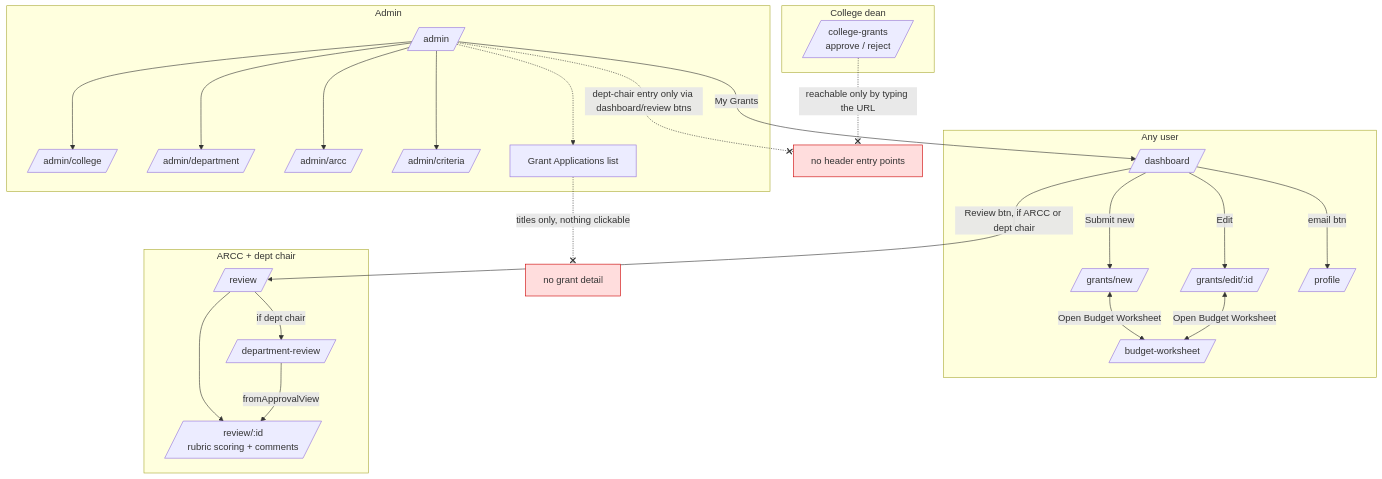
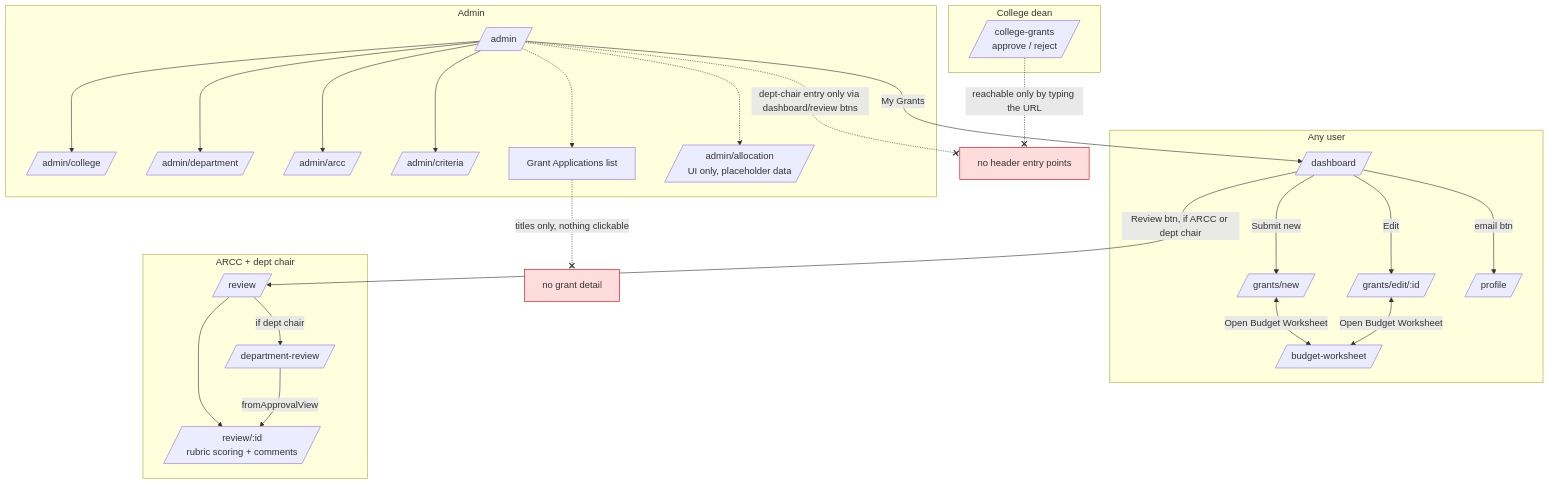
The fourth of 7 diagrams in docs/architecture.md (jayantiacharya/grant-management-system), drawn with Mermaid before and after one commit. The commit also changed other lines of this file and 4 other files, not shown here.

First line of the commit message:
docs: sync architecture, requirements, data-model for review, dean, and allocation work

````diff
--- a/docs/architecture.md
+++ b/docs/architecture.md
@@ -206,37 +207,38 @@
 ```mermaid
 flowchart TD
     subgraph proposer [Any user]
         D[/dashboard/] -->|Submit new| N[/grants/new/]
         D -->|Edit| E[/grants/edit/:id/]
         N <-->|Open Budget Worksheet| B[/budget-worksheet/]
         E <-->|Open Budget Worksheet| B
         D -->|email btn| P[/profile/]
     end
 
     subgraph review [ARCC + dept chair]
         D -->|Review btn, if ARCC or dept chair| R[/review/]
         R --> RD[/"review/:id<br/>rubric scoring + comments"/]
         R -->|if dept chair| DR[/department-review/]
         DR -->|fromApprovalView| RD
     end
 
     subgraph dean [College dean]
         CG[/"college-grants<br/>approve / reject"/]
     end
 
     subgraph admin [Admin]
         A[/admin/] --> AC[/admin/college/]
         A --> AD2[/admin/department/]
         A --> AA[/admin/arcc/]
         A --> CR[/admin/criteria/]
         A -->|My Grants| D
         A -.-> GL[Grant Applications list]
+        A -.-> AL[/"admin/allocation<br/>UI only, placeholder data"/]
     end
 
     GL -. "titles only, nothing clickable" .-x DEAD1[no grant detail]
     A -. "dept-chair entry only via dashboard/review btns" .-x DEAD2[no header entry points]
     CG -. "reachable only by typing the URL" .-x DEAD2
 
     style DEAD1 fill:#fdd,stroke:#c00
     style DEAD2 fill:#fdd,stroke:#c00
 ```
````
